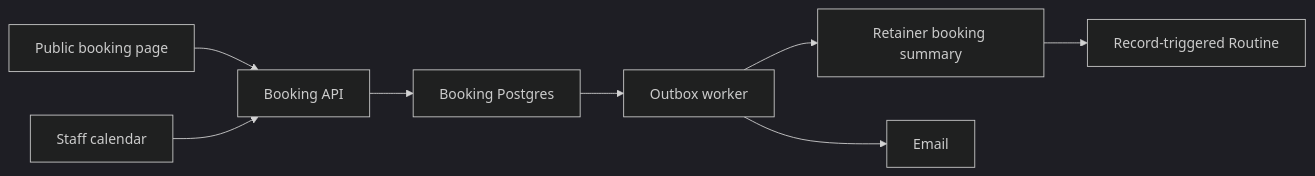
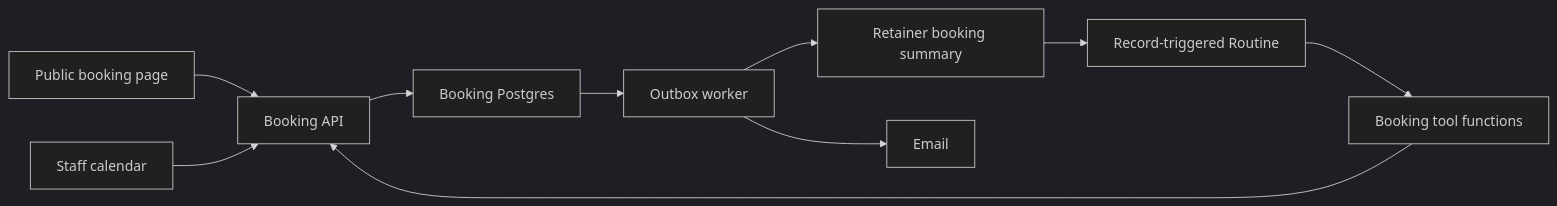
The diagram in docs/specs/booking-extension.md (Tamloot-cc/Retainer), drawn with Mermaid (dark theme) before and after one commit. The commit also changed other lines of this file and 3 other files, not shown here.

First line of the commit message:
Let standalone releases include hosted functions, and give Booking tools

````diff
--- a/docs/specs/booking-extension.md
+++ b/docs/specs/booking-extension.md
@@ -16,10 +16,12 @@
 ```mermaid
 flowchart LR
     Guest["Public booking page"] --> Booking["Booking API"]
     Staff["Staff calendar"] --> Booking
     Booking --> DB["Booking Postgres"]
     DB --> Worker["Outbox worker"]
     Worker --> CRM["Retainer booking summary"]
     Worker --> Mail["Email"]
     CRM --> Routine["Record-triggered Routine"]
+    Routine --> Tools["Booking tool functions"]
+    Tools --> Booking
 ```
````
